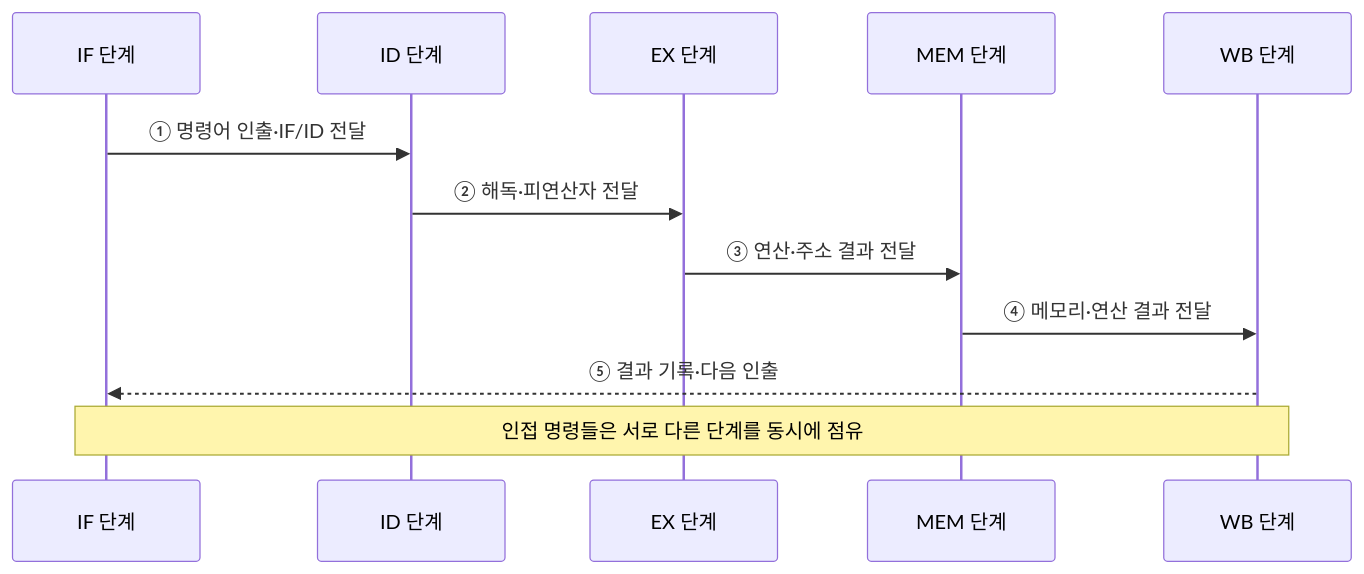
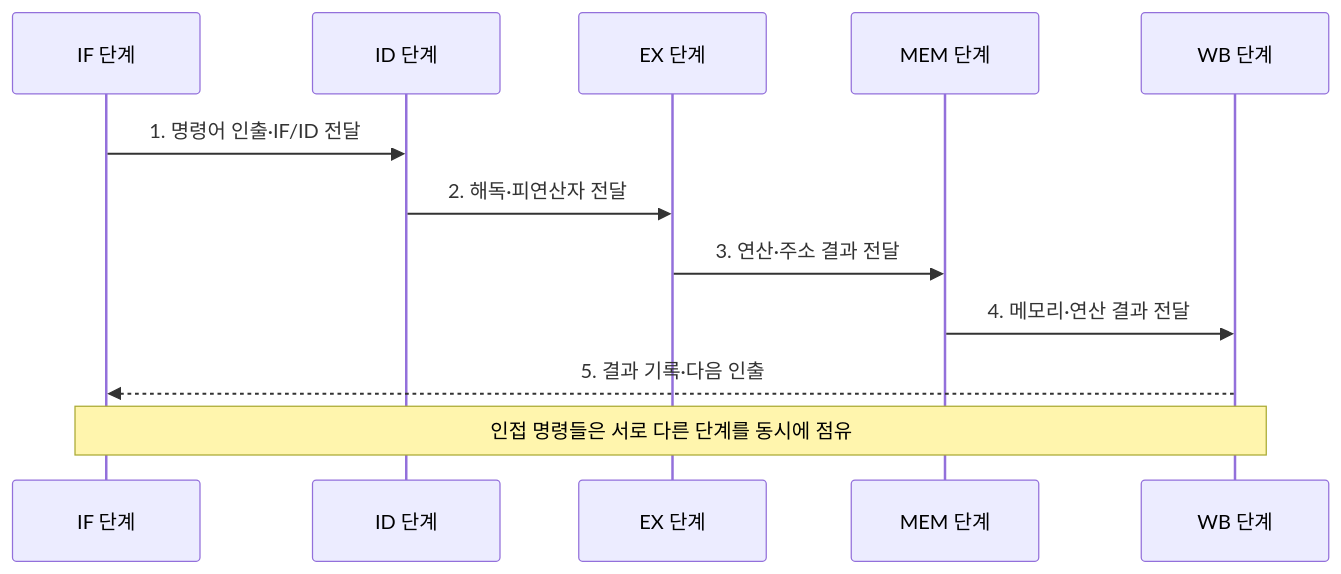
One commit to agnusdei1207/knowledge-base changed the second of 2 diagrams in src/content/docs/notes/02-hardware/006_pipelining.md. Above: the diagram before and after it, drawn with Mermaid. The commit also changed other lines of this file and 20 other files, not shown here.

````diff
--- a/src/content/docs/notes/02-hardware/006_pipelining.md
+++ b/src/content/docs/notes/02-hardware/006_pipelining.md
@@ -85,14 +90,14 @@
 ```mermaid
 sequenceDiagram
     participant F as IF 단계
     participant D as ID 단계
     participant E as EX 단계
     participant M as MEM 단계
     participant W as WB 단계
-    F->>D: ① 명령어 인출·IF/ID 전달
-    D->>E: ② 해독·피연산자 전달
-    E->>M: ③ 연산·주소 결과 전달
-    M->>W: ④ 메모리·연산 결과 전달
-    W-->>F: ⑤ 결과 기록·다음 인출
+    F->>D: 1. 명령어 인출·IF/ID 전달
+    D->>E: 2. 해독·피연산자 전달
+    E->>M: 3. 연산·주소 결과 전달
+    M->>W: 4. 메모리·연산 결과 전달
+    W-->>F: 5. 결과 기록·다음 인출
     Note over F,W: 인접 명령들은 서로 다른 단계를 동시에 점유
 ```
````
